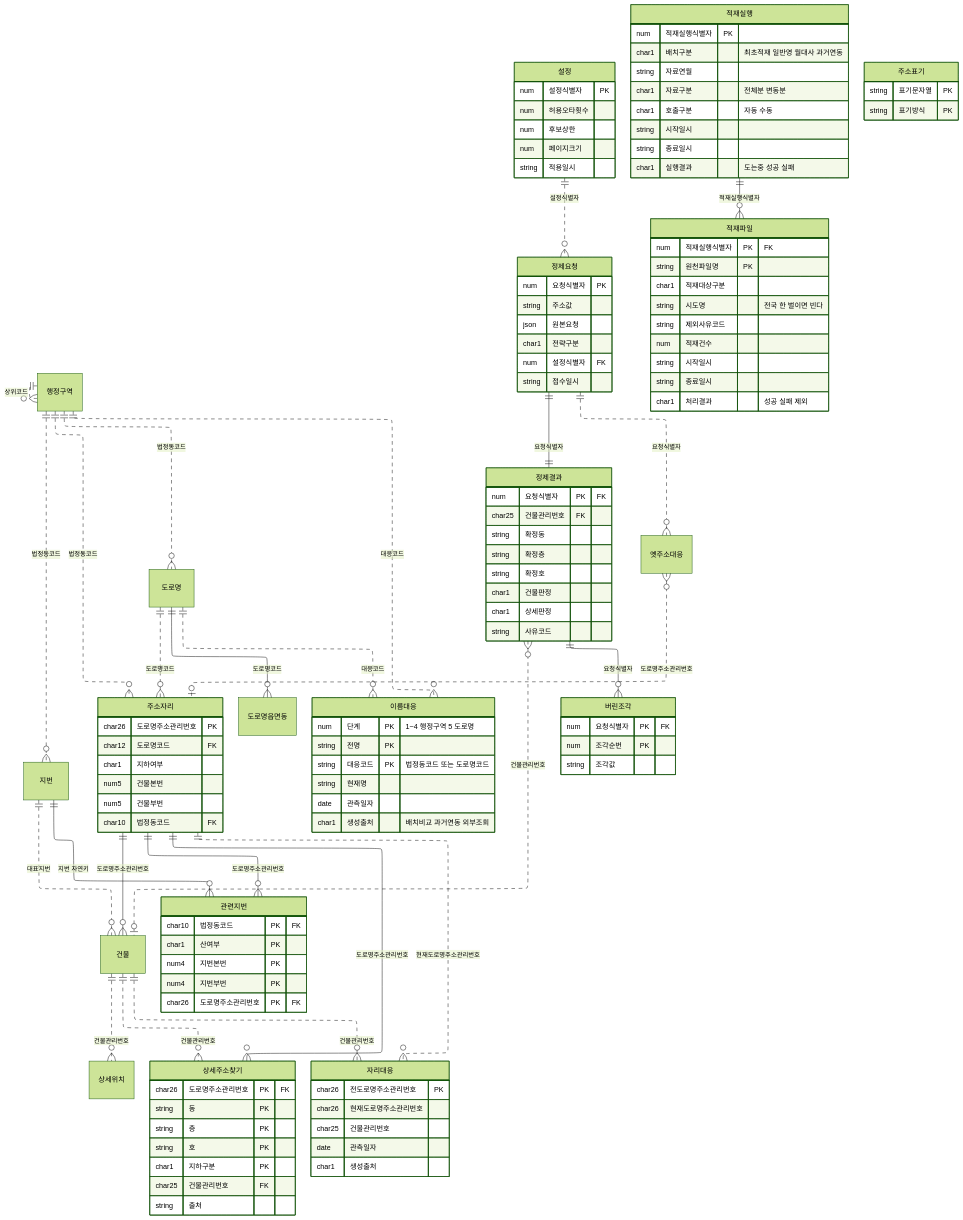
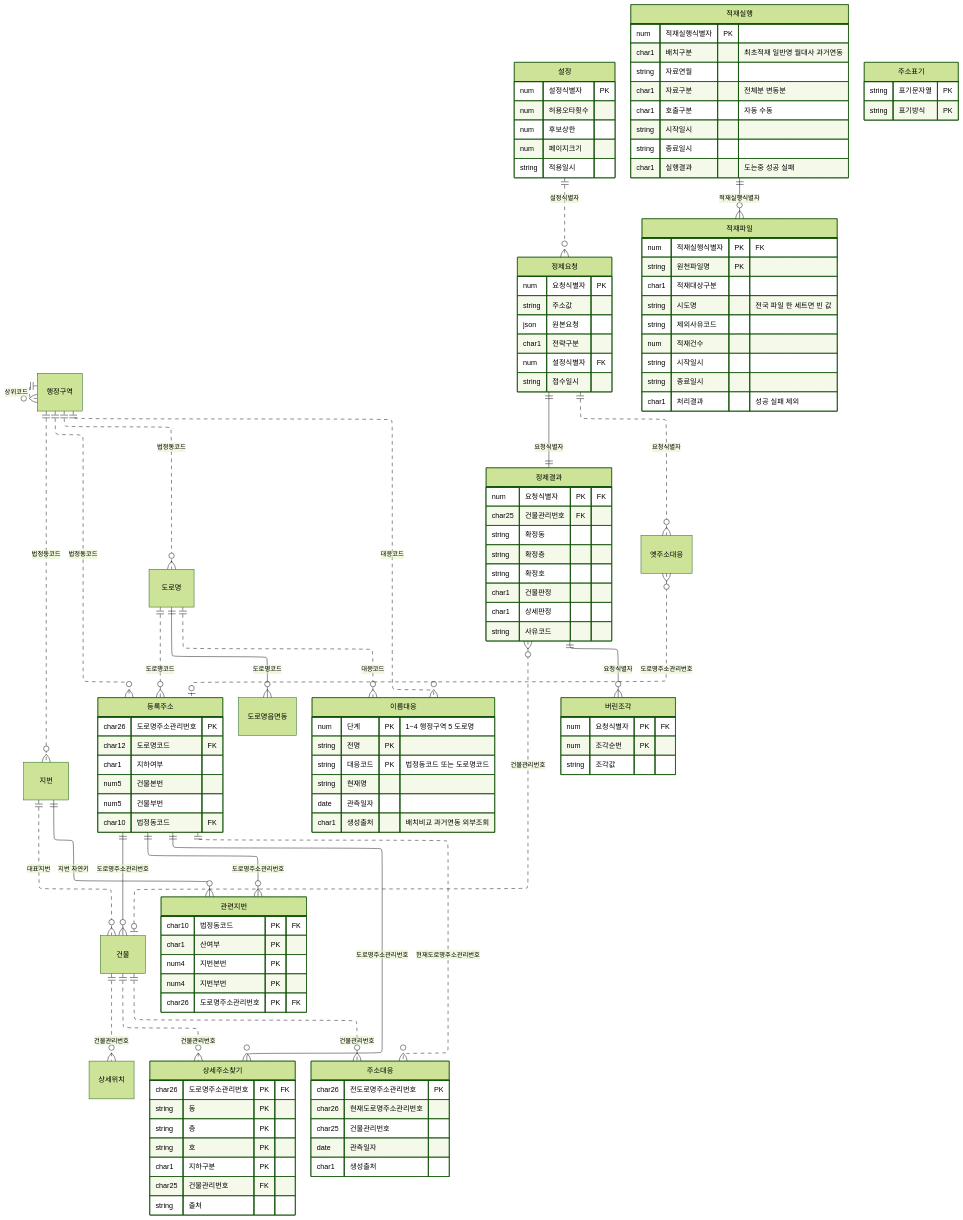
One commit to buss-sooin/address-refine-diagnostics changed the second of 3 diagrams in design/02-data-model.md. Above: the diagram before and after it, drawn with Mermaid (forest theme). The commit also changed other lines of this file and 20 other files, not shown here.

```diff
--- a/design/02-data-model.md
+++ b/design/02-data-model.md
@@ -494,34 +493,34 @@
     행정구역   ||..o{ 행정구역     : "상위코드"
     행정구역   ||..o{ 도로명       : "법정동코드"
     행정구역   ||..o{ 지번         : "법정동코드"
-    행정구역   ||..o{ 주소자리     : "법정동코드"
+    행정구역   ||..o{ 등록주소     : "법정동코드"
 
-    도로명     ||..o{ 주소자리     : "도로명코드"
+    도로명     ||..o{ 등록주소     : "도로명코드"
     도로명     ||--o{ 도로명읍면동 : "도로명코드"
-    주소자리   ||--o{ 건물         : "도로명주소관리번호"
-    주소자리   ||--o{ 관련지번     : "도로명주소관리번호"
+    등록주소   ||--o{ 건물         : "도로명주소관리번호"
+    등록주소   ||--o{ 관련지번     : "도로명주소관리번호"
     지번       ||--o{ 관련지번     : "지번 자연키"
     지번       ||..o{ 건물         : "대표지번"
 
     건물       ||..o{ 상세위치     : "건물관리번호"
-    주소자리   ||--o{ 상세주소찾기 : "도로명주소관리번호"
+    등록주소   ||--o{ 상세주소찾기 : "도로명주소관리번호"
     건물       ||..o{ 상세주소찾기 : "건물관리번호"
 
     행정구역   ||..o{ 이름대응     : "대응코드"
     도로명     ||..o{ 이름대응     : "대응코드"
-    주소자리   ||..o{ 자리대응     : "현재도로명주소관리번호"
-    건물       ||..o{ 자리대응     : "건물관리번호"
+    등록주소   ||..o{ 주소대응     : "현재도로명주소관리번호"
+    건물       ||..o{ 주소대응     : "건물관리번호"
 
     설정       ||..o{ 정제요청     : "설정식별자"
     정제요청   ||--|| 정제결과     : "요청식별자"
     정제결과   ||--o{ 버린조각     : "요청식별자"
     정제결과   }o..o| 건물         : "건물관리번호"
     정제요청   ||..o{ 옛주소대응   : "요청식별자"
-    옛주소대응 }o..o| 주소자리     : "도로명주소관리번호"
+    옛주소대응 }o..o| 등록주소     : "도로명주소관리번호"
 
     적재실행   ||--o{ 적재파일     : "적재실행식별자"
 
-    주소자리 {
+    등록주소 {
         char26 도로명주소관리번호 PK
         char12 도로명코드 FK
         char1  지하여부
@@ -553,7 +552,7 @@
         date   관측일자
         char1  생성출처 "배치비교 과거연동 외부조회"
     }
-    자리대응 {
+    주소대응 {
         char26 전도로명주소관리번호 PK
         char26 현재도로명주소관리번호
         char25 건물관리번호
@@ -608,7 +607,7 @@
         num    적재실행식별자 PK "FK"
         string 원천파일명 PK
         char1  적재대상구분
-        string 시도명 "전국 한 벌이면 빈다"
+        string 시도명 "전국 파일 한 세트면 빈 값"
         string 제외사유코드
         num    적재건수
         string 시작일시
```
